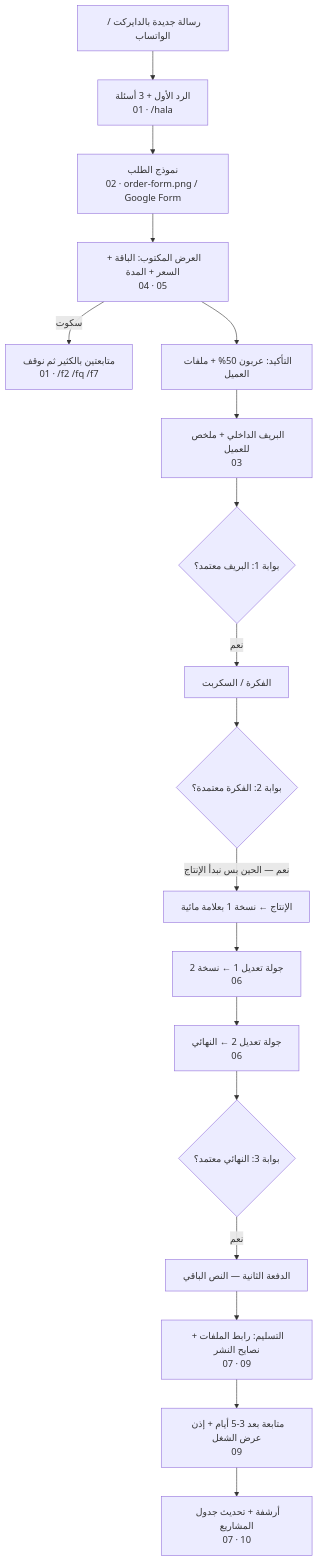
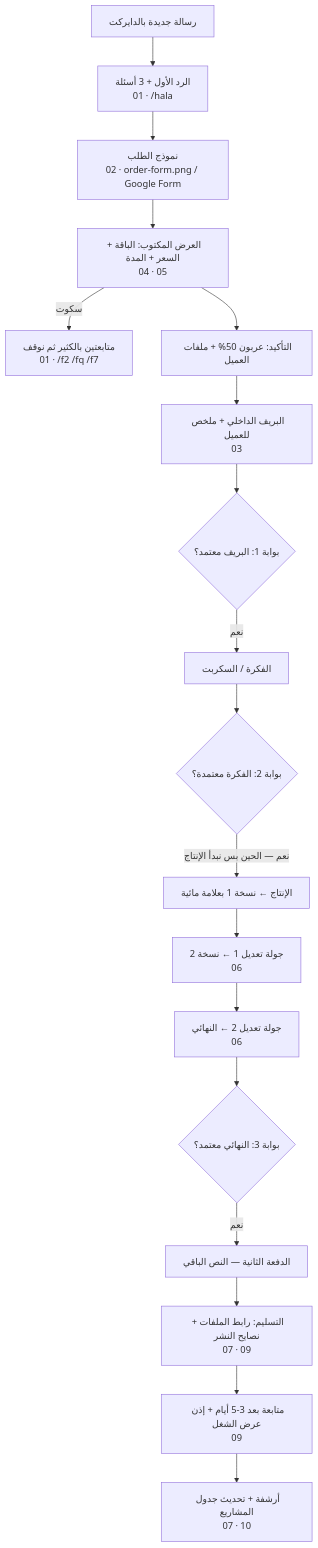
Before and after one commit to musa3d2001-source/visitor-counter-api: the diagram in tash/07-ops/README.md, drawn with Mermaid. The commit also changed other lines of this file and 17 other files, not shown here.

````diff
--- a/tash/07-ops/README.md
+++ b/tash/07-ops/README.md
@@ -9,20 +9,20 @@
 ```mermaid
 flowchart TD
-  A["رسالة جديدة بالدايركت / الواتساب"] --> B["الرد الأول + 3 أسئلة<br/>01 · /hala"]
+  A["رسالة جديدة بالدايركت"] --> B["الرد الأول + 3 أسئلة<br/>01 · /hala"]
   B --> C["نموذج الطلب<br/>02 · order-form.png / Google Form"]
   C --> D["العرض المكتوب: الباقة + السعر + المدة<br/>04 · 05"]
   D -->|"سكوت"| F["متابعتين بالكثير ثم نوقف<br/>01 · /f2 /fq /f7"]
   D --> E["التأكيد: عربون 50% + ملفات العميل"]
   E --> G["البريف الداخلي + ملخص للعميل<br/>03"]
   G --> G1{"بوابة 1: البريف معتمد؟"}
   G1 -->|"نعم"| H["الفكرة / السكربت"]
   H --> H1{"بوابة 2: الفكرة معتمدة؟"}
   H1 -->|"نعم — الحين بس نبدأ الإنتاج"| I["الإنتاج ← نسخة 1 بعلامة مائية"]
   I --> J["جولة تعديل 1 ← نسخة 2<br/>06"]
   J --> K["جولة تعديل 2 ← النهائي<br/>06"]
   K --> K1{"بوابة 3: النهائي معتمد؟"}
   K1 -->|"نعم"| L["الدفعة الثانية — النص الباقي"]
   L --> M["التسليم: رابط الملفات + نصايح النشر<br/>07 · 09"]
   M --> N["متابعة بعد 3-5 أيام + إذن عرض الشغل<br/>09"]
   N --> O["أرشفة + تحديث جدول المشاريع<br/>07 · 10"]
 ```
````
